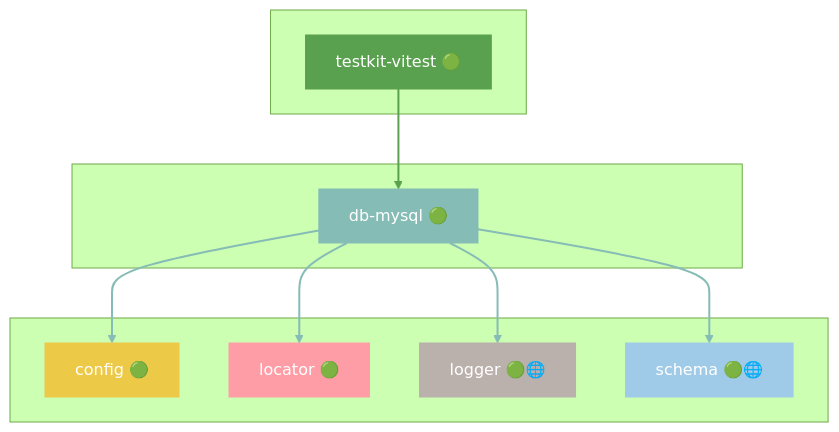
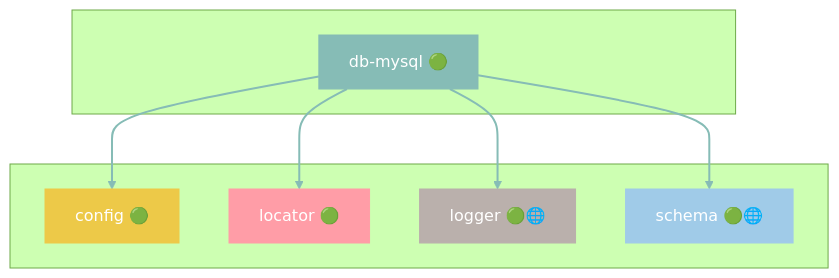
Before and after one commit to grest-ts/grest-ts: diagram 12 of 45 in docs/DEPENDENCIES.md, drawn with Mermaid (forest theme). The commit also changed other lines of this file and 46 other files, not shown here.

````diff
--- a/docs/DEPENDENCIES.md
+++ b/docs/DEPENDENCIES.md
@@ -759,31 +733,25 @@
 ```mermaid
 flowchart TB
-    subgraph Dependents[" "]
-        testkit-vitest["testkit-vitest 🟢"]
-    end
     subgraph Package[" "]
         db-mysql["db-mysql 🟢"]
     end
     subgraph Dependencies[" "]
         config["config 🟢"]
         locator["locator 🟢"]
         logger["logger 🟢🌐"]
         schema["schema 🟢🌐"]
     end
-    testkit-vitest --> db-mysql
     db-mysql --> config
     db-mysql --> locator
     db-mysql --> logger
     db-mysql --> schema
     style db-mysql fill:#86BCB6,stroke:#86BCB6,color:#fff
-    style testkit-vitest fill:#59A14F,stroke:#59A14F,color:#fff
     style config fill:#EDC948,stroke:#EDC948,color:#fff
     style locator fill:#FF9DA7,stroke:#FF9DA7,color:#fff
     style logger fill:#BAB0AC,stroke:#BAB0AC,color:#fff
     style schema fill:#A0CBE8,stroke:#A0CBE8,color:#fff
-    linkStyle 0 stroke:#59A14F,stroke-width:2px
+    linkStyle 0 stroke:#86BCB6,stroke-width:2px
     linkStyle 1 stroke:#86BCB6,stroke-width:2px
     linkStyle 2 stroke:#86BCB6,stroke-width:2px
     linkStyle 3 stroke:#86BCB6,stroke-width:2px
-    linkStyle 4 stroke:#86BCB6,stroke-width:2px
 ```
````
